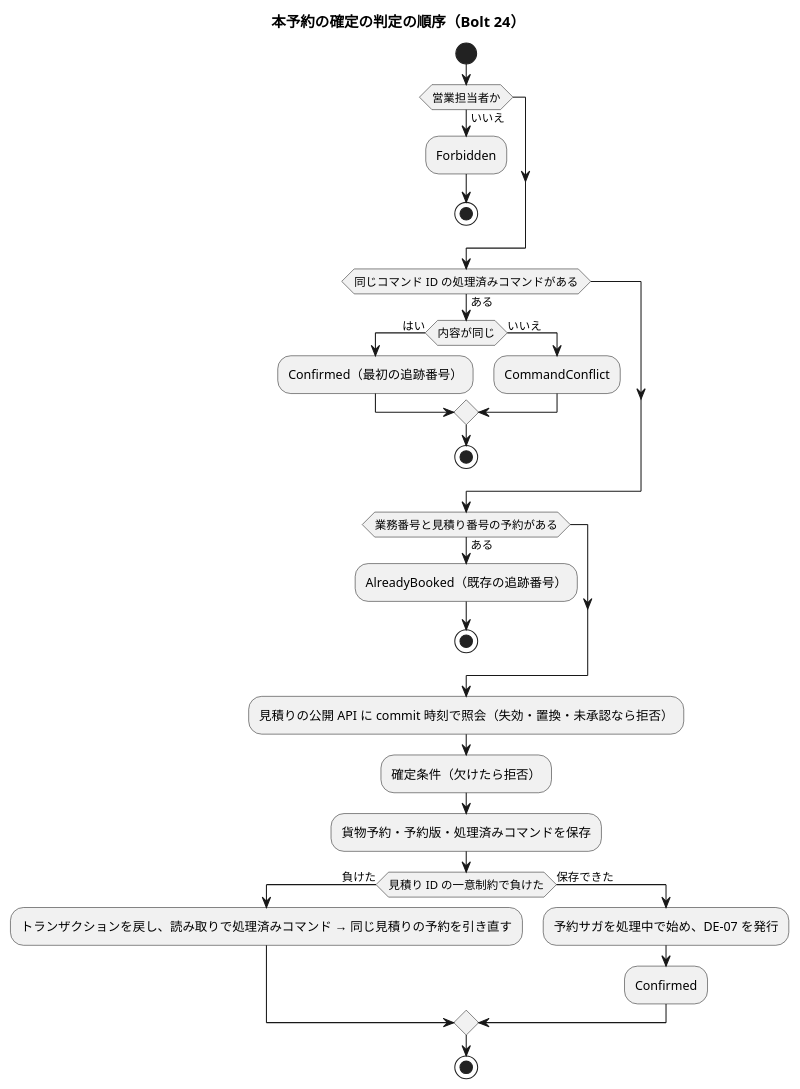
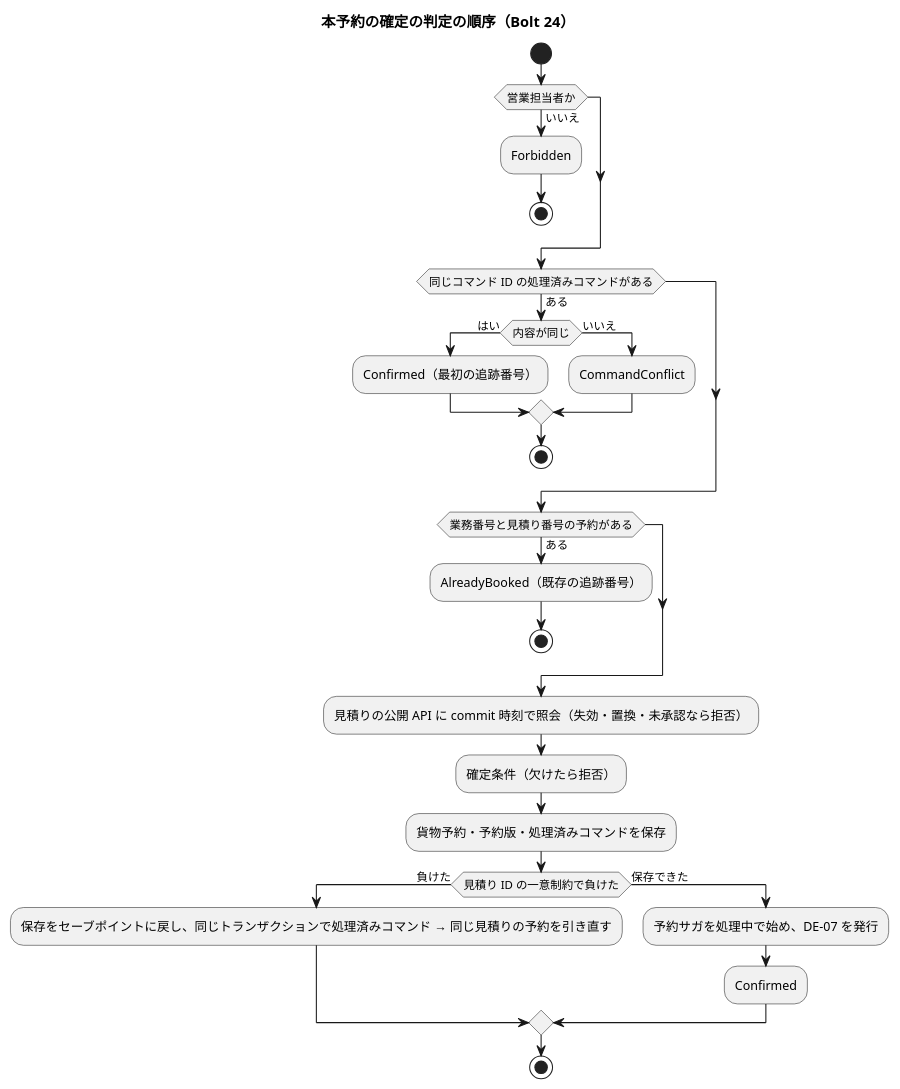
Before and after one commit to k2works/practical-domain-driven-design-in-enterpris-application: the second of 4 diagrams in docs/development/cargo-tracker/bolt_24_plan.md, drawn with PlantUML. The commit also changed other lines of this file and 29 other files, not shown here.

````diff
--- a/docs/development/cargo-tracker/bolt_24_plan.md
+++ b/docs/development/cargo-tracker/bolt_24_plan.md
@@ -152,32 +152,32 @@
 ```plantuml
 @startuml
 title 本予約の確定の判定の順序（Bolt 24）
 start
 if (営業担当者か) then (いいえ)
   :Forbidden;
   stop
 endif
 if (同じコマンド ID の処理済みコマンドがある) then (ある)
   if (内容が同じ) then (はい)
     :Confirmed（最初の追跡番号）;
   else (いいえ)
     :CommandConflict;
   endif
   stop
 endif
 if (業務番号と見積り番号の予約がある) then (ある)
   :AlreadyBooked（既存の追跡番号）;
   stop
 endif
 :見積りの公開 API に commit 時刻で照会（失効・置換・未承認なら拒否）;
 :確定条件（欠けたら拒否）;
 :貨物予約・予約版・処理済みコマンドを保存;
 if (見積り ID の一意制約で負けた) then (負けた)
-  :トランザクションを戻し、読み取りで処理済みコマンド → 同じ見積りの予約を引き直す;
+  :保存をセーブポイントに戻し、同じトランザクションで処理済みコマンド → 同じ見積りの予約を引き直す;
 else (保存できた)
   :予約サガを処理中で始め、DE-07 を発行;
   :Confirmed;
 endif
 stop
 @enduml
 ```
````
